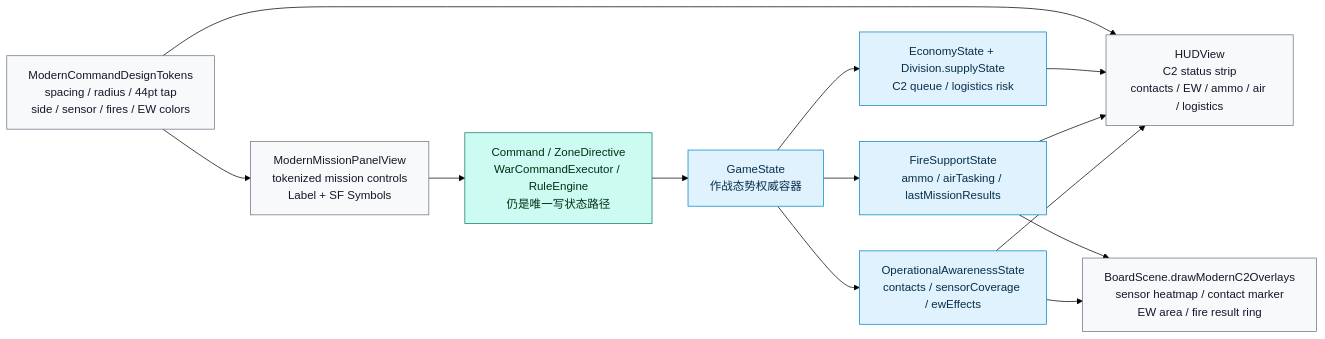
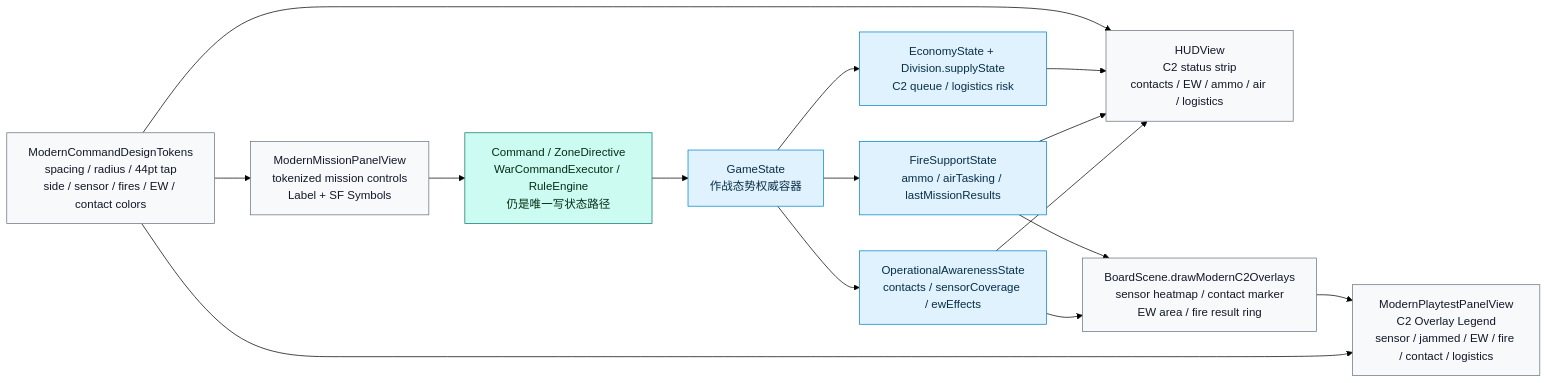
Before and after one commit to Altman-sam114/127: the tenth of 20 diagrams in md/flow/flowchart.md, drawn with Mermaid (forest theme). The commit also changed 11 other files, not shown here.

Commit message:
feat: add c2 overlay legend

````diff
--- a/md/flow/flowchart.md
+++ b/md/flow/flowchart.md
@@ -293,25 +293,28 @@
 ```mermaid
 flowchart LR
     GS["GameState<br/>作战态势权威容器"]:::state
     AWARE["OperationalAwarenessState<br/>contacts / sensorCoverage / ewEffects"]:::state
     FIRE["FireSupportState<br/>ammo / airTasking / lastMissionResults"]:::state
     ECON["EconomyState + Division.supplyState<br/>C2 queue / logistics risk"]:::state
-    TOKENS["ModernCommandDesignTokens<br/>spacing / radius / 44pt tap<br/>side / sensor / fires / EW colors"]:::display
+    TOKENS["ModernCommandDesignTokens<br/>spacing / radius / 44pt tap<br/>side / sensor / fires / EW / contact colors"]:::display
     HUD["HUDView<br/>C2 status strip<br/>contacts / EW / ammo / air / logistics"]:::display
     TASKS["ModernMissionPanelView<br/>tokenized mission controls<br/>Label + SF Symbols"]:::display
     MAP["BoardScene.drawModernC2Overlays<br/>sensor heatmap / contact marker<br/>EW area / fire result ring"]:::display
+    LEGEND["ModernPlaytestPanelView<br/>C2 Overlay Legend<br/>sensor / jammed / EW / fire / contact / logistics"]:::display
     RULES["Command / ZoneDirective<br/>WarCommandExecutor / RuleEngine<br/>仍是唯一写状态路径"]:::rules
 
     GS --> AWARE --> HUD
     GS --> FIRE --> HUD
     GS --> ECON --> HUD
     TOKENS --> HUD
     TOKENS --> TASKS
+    TOKENS --> LEGEND
     AWARE --> MAP
     FIRE --> MAP
+    MAP --> LEGEND
     TASKS --> RULES --> GS
 
     classDef state fill:#e0f2fe,stroke:#0284c7,color:#082f49
     classDef display fill:#f8f9fb,stroke:#6b7280,color:#111827
     classDef rules fill:#ccfbf1,stroke:#0f766e,color:#052e16
 ```
````
